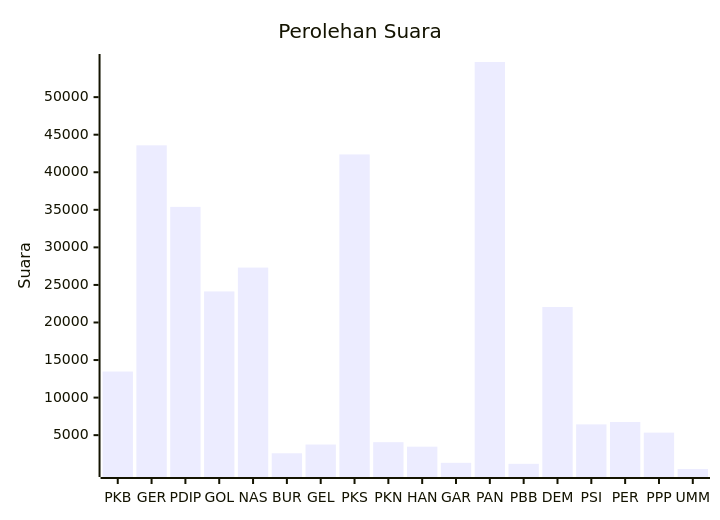
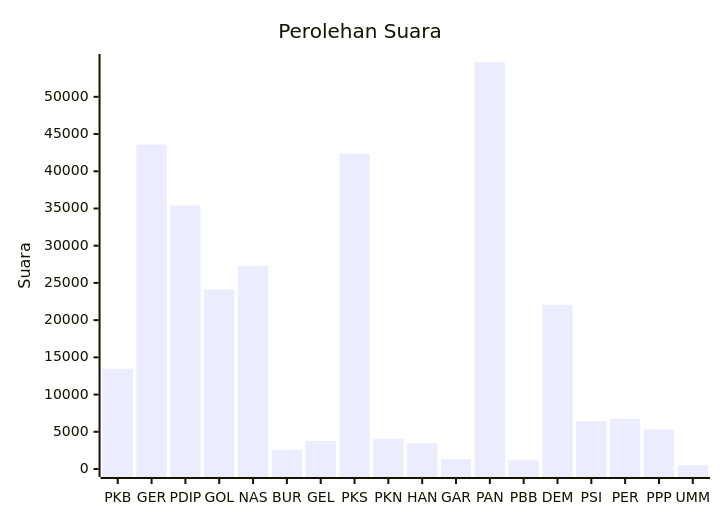
One commit to gigit-pemilu/pemilu-2024 changed the diagram in pileg-dpr/hitung-suara/sub/table-wilayah-81.md. Above: the diagram before and after it, drawn with Mermaid. The commit also changed 57 other files, not shown here.

````diff
--- a/pileg-dpr/hitung-suara/sub/table-wilayah-81.md
+++ b/pileg-dpr/hitung-suara/sub/table-wilayah-81.md
@@ -7,7 +7,7 @@
 ```mermaid
 xychart-beta
     title "Perolehan Suara"
     x-axis [PKB, GER, PDIP, GOL, NAS, BUR, GEL, PKS, PKN, HAN, GAR, PAN, PBB, DEM, PSI, PER, PPP, UMM]
-    y-axis "Suara"
+    y-axis "Suara" 0 --> 54678
     bar [13470, 43585, 35389, 24134, 27307, 2591, 3755, 42371, 4066, 3466, 1317, 54678, 1186, 22063, 6438, 6752, 5339, 495]
 ```
````
